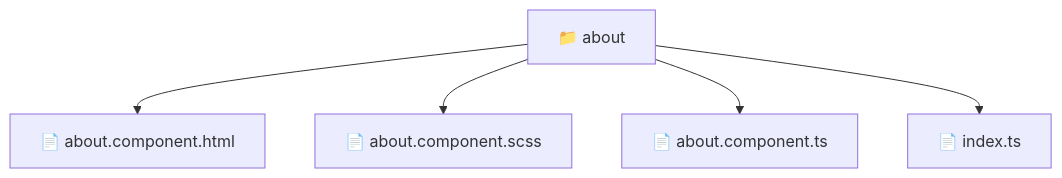
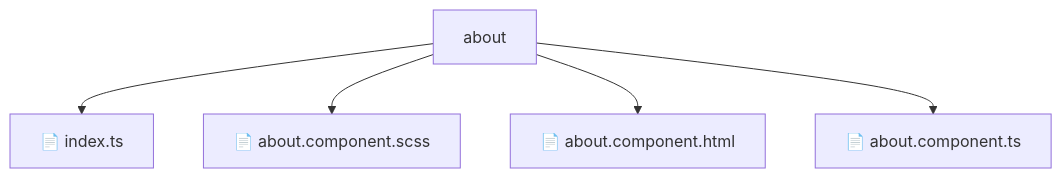
Before and after one commit to beginwebdev2002/fullstack-mavluda: the diagram in frontend/src/pages/about/README.md, drawn with Mermaid. The commit also changed other lines of this file and 155 other files, not shown here.

````diff
--- a/frontend/src/pages/about/README.md
+++ b/frontend/src/pages/about/README.md
@@ -10,8 +14,8 @@
 ```mermaid
 graph TD
-  Root["📁 about"]
-  Root --> aboutcomponenthtml["📄 about.component.html"]
-  Root --> aboutcomponentscss["📄 about.component.scss"]
-  Root --> aboutcomponentts["📄 about.component.ts"]
-  Root --> indexts["📄 index.ts"]
+    Root[about]
+    Root --> F0[📄 index.ts]
+    Root --> F1[📄 about.component.scss]
+    Root --> F2[📄 about.component.html]
+    Root --> F3[📄 about.component.ts]
 ```
````
